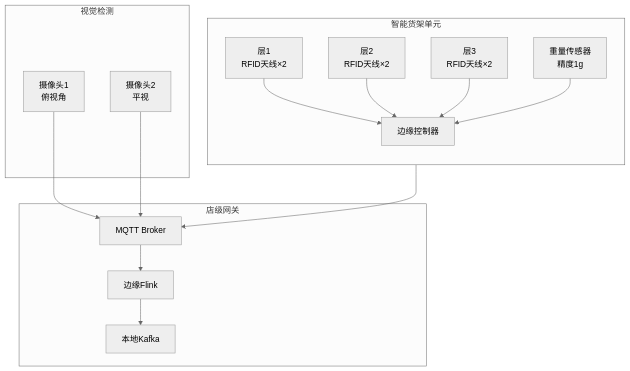
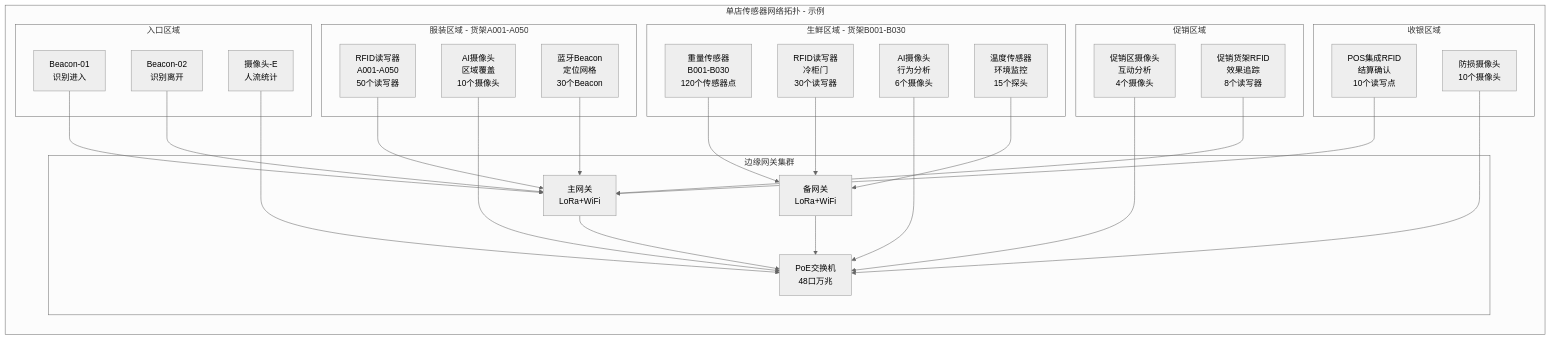
The tenth of 10 diagrams in Flink-IoT-Authority-Alignment/Phase-7-Smart-Retail/case-smart-retail-complete.md (AdaMartin18010/AnalysisDataFlow), drawn with Mermaid (neutral theme) before and after one commit. The commit also changed other lines of this file and 8 other files, not shown here.

````diff
--- a/Flink-IoT-Authority-Alignment/Phase-7-Smart-Retail/case-smart-retail-complete.md
+++ b/Flink-IoT-Authority-Alignment/Phase-7-Smart-Retail/case-smart-retail-complete.md
@@ -174,32 +5723,64 @@
 ```mermaid
 graph TB
-    subgraph Shelf1[智能货架单元]
+    subgraph SingleStore[单店传感器网络拓扑 - 示例]
         direction TB
-        L1[层1<br/>RFID天线×2]
-        L2[层2<br/>RFID天线×2]
-        L3[层3<br/>RFID天线×2]
-        WS[重量传感器<br/>精度1g]
 
-        L1 --> Controller[边缘控制器]
-        L2 --> Controller
-        L3 --> Controller
-        WS --> Controller
+        subgraph EntranceZone[入口区域]
+            E1[Beacon-01<br/>识别进入]
+            E2[Beacon-02<br/>识别离开]
+            CAM_E[摄像头-E<br/>人流统计]
+        end
+
+        subgraph ClothingZone[服装区域 - 货架A001-A050]
+            RFID_A[RFID读写器<br/>A001-A050<br/>50个读写器]
+            CAM_A[AI摄像头<br/>区域覆盖<br/>10个摄像头]
+            BT_A[蓝牙Beacon<br/>定位网格<br/>30个Beacon]
+        end
+
+        subgraph FreshZone[生鲜区域 - 货架B001-B030]
+            WT_B[重量传感器<br/>B001-B030<br/>120个传感器点]
+            RFID_B[RFID读写器<br/>冷柜门<br/>30个读写器]
+            CAM_B[AI摄像头<br/>行为分析<br/>6个摄像头]
+            TEMP_B[温度传感器<br/>环境监控<br/>15个探头]
+        end
+
+        subgraph PromoZone[促销区域]
+            CAM_P[促销区摄像头<br/>互动分析<br/>4个摄像头]
+            RFID_P[促销货架RFID<br/>效果追踪<br/>8个读写器]
+        end
+
+        subgraph CheckoutZone[收银区域]
+            POS_R[POS集成RFID<br/>结算确认<br/>10个读写点]
+            CAM_C[防损摄像头<br/>10个摄像头]
+        end
+
+        subgraph GatewayCluster[边缘网关集群]
+            GW1[主网关<br/>LoRa+WiFi]
+            GW2[备网关<br/>LoRa+WiFi]
+            SW[PoE交换机<br/>48口万兆]
+        end
     end
 
-    subgraph Camera[视觉检测]
-        C1[摄像头1<br/>俯视角]
-        C2[摄像头2<br/>平视]
-    end
+    %% 传感器连接到网关
+    E1 --> GW1
+    E2 --> GW1
+    CAM_E --> SW
 
-    subgraph Gateway[店级网关]
-        M1[MQTT Broker]
-        F1[边缘Flink]
-        K1[本地Kafka]
-    end
+    RFID_A --> GW1
+    CAM_A --> SW
+    BT_A --> GW1
 
-    Controller --> M1
-    C1 --> M1
-    C2 --> M1
-    M1 --> F1
-    F1 --> K1
+    WT_B --> GW2
+    RFID_B --> GW2
+    CAM_B --> SW
+    TEMP_B --> GW2
+
+    CAM_P --> SW
+    RFID_P --> GW1
+
+    POS_R --> GW1
+    CAM_C --> SW
+
+    GW1 --> SW
+    GW2 --> SW
 ```
````
